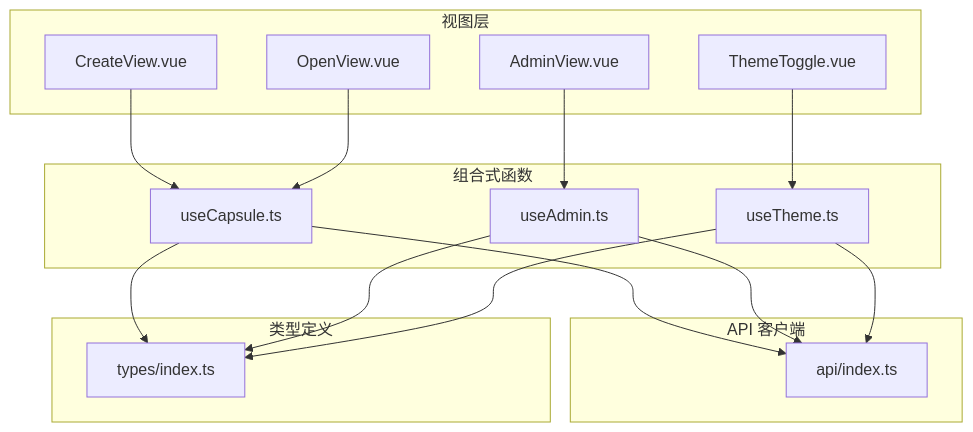
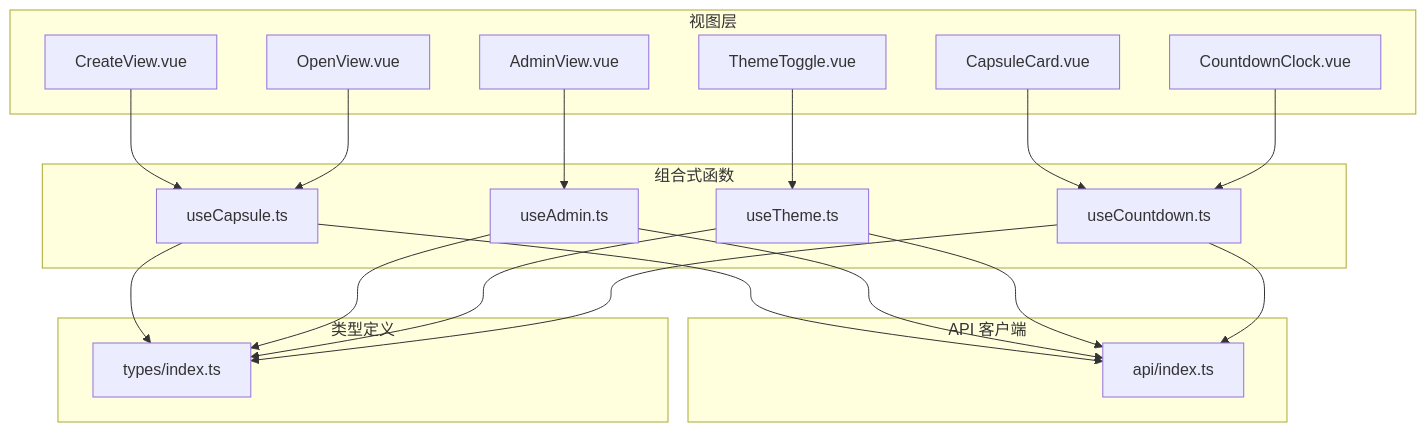
Before and after one commit to alexy2008/TimeCapsule: the first of 7 diagrams in .qoder/repowiki/zh/content/前端实现详解/Vue 3 实现/Composition API 与可复用逻辑/Composition API 与可复用逻辑.md, drawn with Mermaid. The commit also changed other lines of this file and 22 other files, not shown here.

````diff
--- a/.qoder/repowiki/zh/content/前端实现详解/Vue 3 实现/Composition API 与可复用逻辑/Composition API 与可复用逻辑.md
+++ b/.qoder/repowiki/zh/content/前端实现详解/Vue 3 实现/Composition API 与可复用逻辑/Composition API 与可复用逻辑.md
@@ -47,30 +50,37 @@
 ```mermaid
 graph TB
 subgraph "视图层"
 A["CreateView.vue"]
 B["OpenView.vue"]
 C["AdminView.vue"]
 D["ThemeToggle.vue"]
+E["CountdownClock.vue"]
+F["CapsuleCard.vue"]
 end
 subgraph "组合式函数"
-E["useCapsule.ts"]
-F["useAdmin.ts"]
-G["useTheme.ts"]
+G["useCapsule.ts"]
+H["useAdmin.ts"]
+I["useTheme.ts"]
+J["useCountdown.ts"]
 end
 subgraph "API 客户端"
-H["api/index.ts"]
+K["api/index.ts"]
 end
 subgraph "类型定义"
-I["types/index.ts"]
+L["types/index.ts"]
 end
-A --> E
-B --> E
-C --> F
-D --> G
-E --> H
-F --> H
-G --> H
-E --> I
-F --> I
-G --> I
+A --> G
+B --> G
+C --> H
+D --> I
+F --> J
+E --> J
+G --> K
+H --> K
+I --> K
+J --> K
+G --> L
+H --> L
+I --> L
+J --> L
 ```
````
